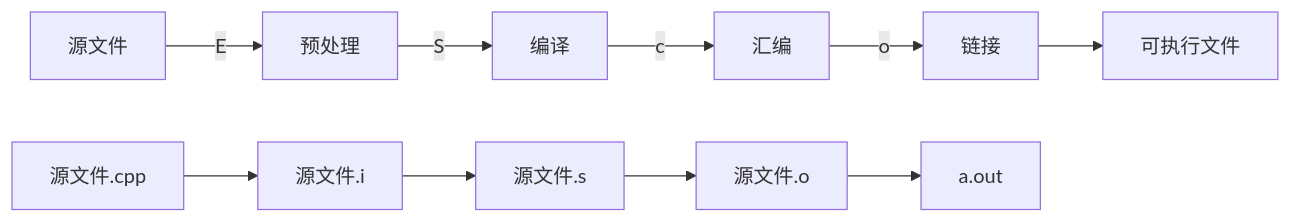
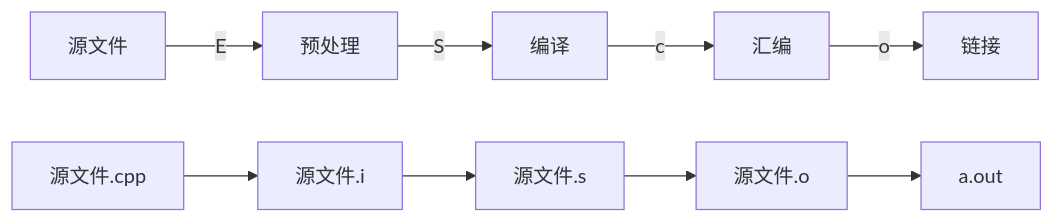
Before and after one commit to xinying-yuan/CompilerStudy: the diagram in Readme.md, drawn with Mermaid. The commit also changed other lines of this file and 17 other files, not shown here.

````diff
--- a/Readme.md
+++ b/Readme.md
@@ -3,5 +3,5 @@
 ```mermaid
 graph LR
-	源文件--E-->预处理 --S--> 编译 --c--> 汇编 -- o --> 链接 --> 可执行文件
+	源文件--E-->预处理 --S--> 编译 --c--> 汇编 -- o --> 链接
 	源文件.cpp --> 源文件.i --> 源文件.s --> 源文件.o --> a.out
 ```
````
